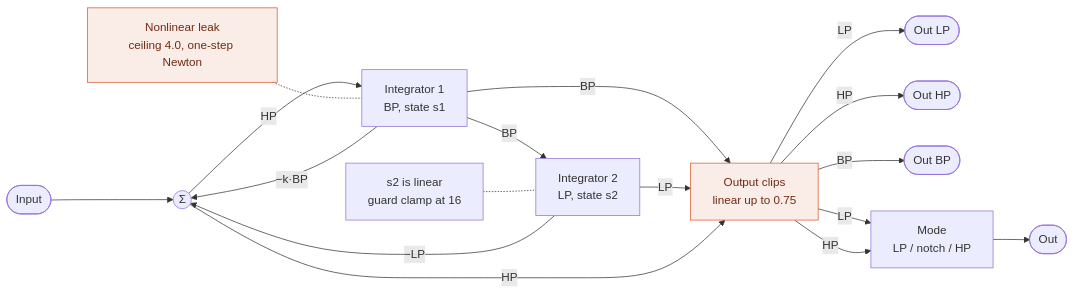
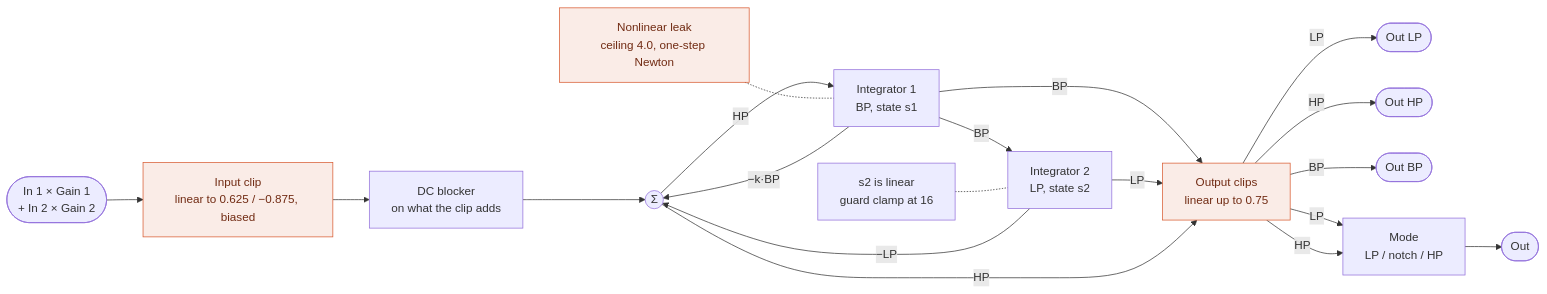
One commit to risgk/midi_synthesizer_spms1 changed the first of 4 diagrams in spms1_type2/spms1_patching.md. Above: the diagram before and after it, drawn with Mermaid. The commit also changed other lines of this file and 8 other files, not shown here.

First line of the commit message:
type-2: Filter: a biased input clip and a DC blocker ahead of the loop (prototype)

````diff
--- a/spms1_type2/spms1_patching.md
+++ b/spms1_type2/spms1_patching.md
@@ -92,21 +106,23 @@
 ```mermaid
 flowchart LR
-  IN([Input]) --> SUM((Σ))
+  IN([In 1 × Gain 1<br/>+ In 2 × Gain 2]) --> IC["Input clip<br/>linear to 0.625 / −0.875, biased"]
+  IC --> DCB["DC blocker<br/>on what the clip adds"]
+  DCB --> SUM((Σ))
   SUM -->|HP| I1["Integrator 1<br/>BP, state s1"]
   I1 -->|BP| OC
   I1 -->|BP| I2["Integrator 2<br/>LP, state s2"]
   I2 -->|LP| OC["Output clips<br/>linear up to 0.75"]
   SUM -->|HP| OC
   OC -->|LP| OUT_LP([Out LP])
   OC -->|HP| OUT_HP([Out HP])
   OC -->|BP| OUT_BP([Out BP])
   OC -->|LP| XF["Mode<br/>LP / notch / HP"]
   OC -->|HP| XF
   XF --> OUT([Out])
   SC["Nonlinear leak<br/>ceiling 4.0, one-step Newton"] -.- I1
   L2["s2 is linear<br/>guard clamp at 16"] -.- I2
   I1 -->|"−k·BP"| SUM
   I2 -->|"−LP"| SUM
   classDef nl fill:#FAECE7,stroke:#D85A30,color:#712B13
-  class SC,OC nl
+  class IC,SC,OC nl
 ```
````
